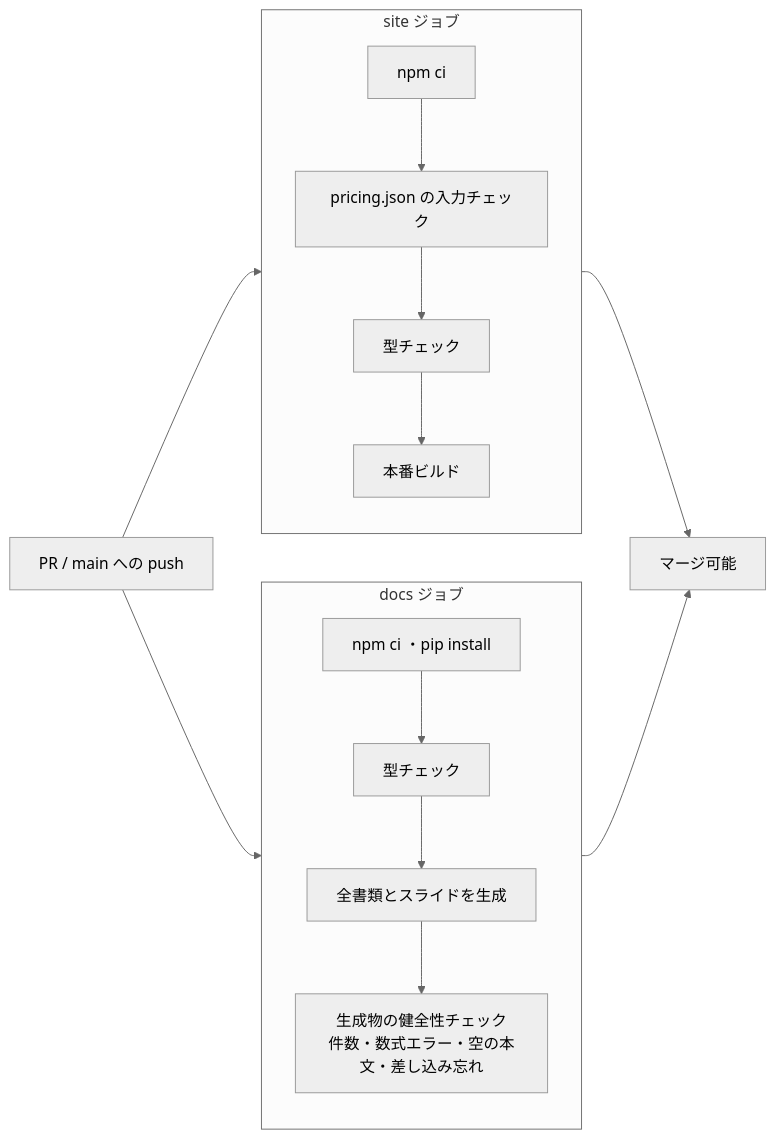
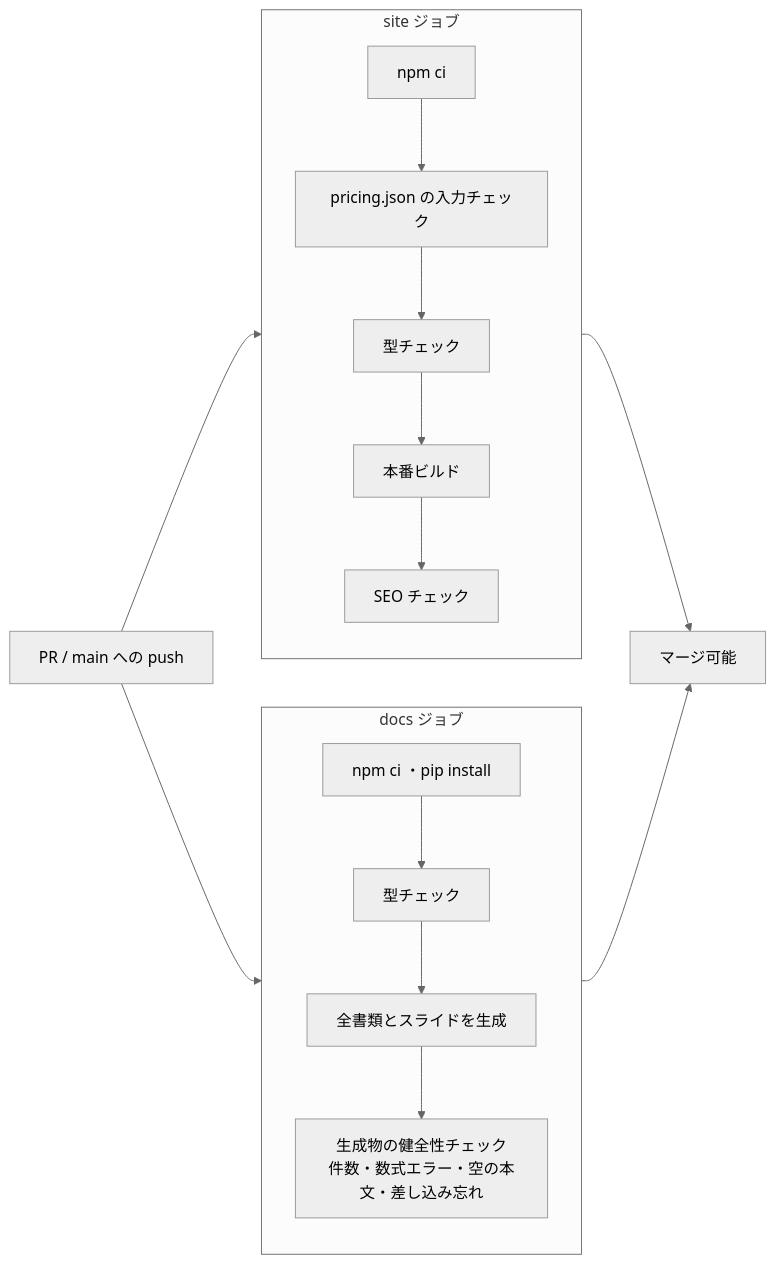
Diagram 12 of 12 in README.md (bright-broom/inofo-system), drawn with Mermaid (neutral theme) before and after one commit. The commit also changed other lines of this file and 20 other files, not shown here.

````diff
--- a/README.md
+++ b/README.md
@@ -482,13 +516,13 @@
 ```mermaid
 flowchart LR
     PR["PR / main への push"] --> SITE & DOCS
     subgraph SITE["site ジョブ"]
         direction TB
-        S1["npm ci"] --> S2["pricing.json の入力チェック"] --> S3["型チェック"] --> S4["本番ビルド"]
+        S1["npm ci"] --> S2["pricing.json の入力チェック"] --> S3["型チェック"] --> S4["本番ビルド"] --> S5["SEO チェック"]
     end
     subgraph DOCS["docs ジョブ"]
         direction TB
         D1["npm ci ・pip install"] --> D2["型チェック"] --> D3["全書類とスライドを生成"] --> D4["生成物の健全性チェック<br/>件数・数式エラー・空の本文・差し込み忘れ"]
     end
     SITE & DOCS --> OK["マージ可能"]
 ```
````
